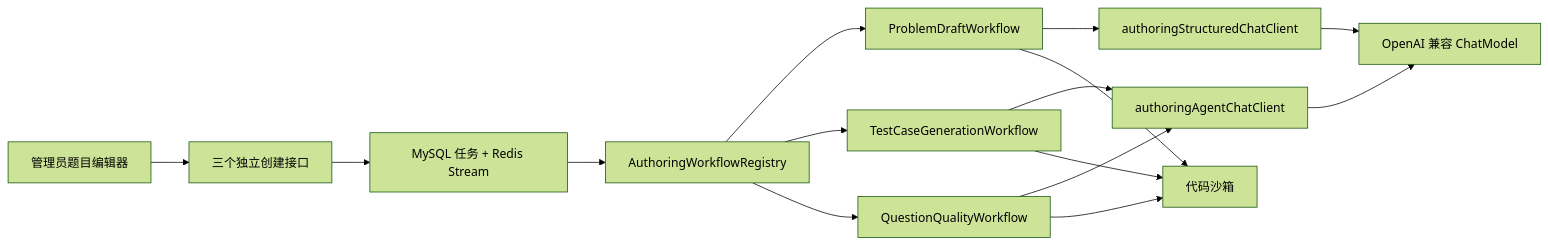
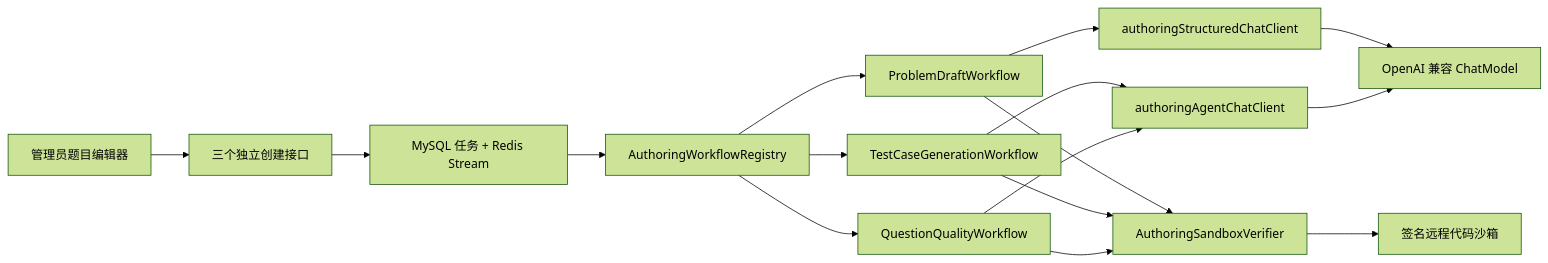
The first of 4 diagrams in docs/ai-authoring-workflows.md (qwerlty123/myoj-microservice), drawn with Mermaid (forest theme) before and after one commit. The commit also changed other lines of this file and 68 other files, not shown here.

````diff
--- a/docs/ai-authoring-workflows.md
+++ b/docs/ai-authoring-workflows.md
@@ -7,18 +7,19 @@
 ```mermaid
 flowchart LR
     UI["管理员题目编辑器"] --> API["三个独立创建接口"]
     API --> TASK["MySQL 任务 + Redis Stream"]
     TASK --> REGISTRY["AuthoringWorkflowRegistry"]
     REGISTRY --> DRAFT["ProblemDraftWorkflow"]
     REGISTRY --> CASES["TestCaseGenerationWorkflow"]
     REGISTRY --> QUALITY["QuestionQualityWorkflow"]
 
     DRAFT --> STRUCTURED["authoringStructuredChatClient"]
     CASES --> AGENT["authoringAgentChatClient"]
     QUALITY --> AGENT
     STRUCTURED --> MODEL["OpenAI 兼容 ChatModel"]
     AGENT --> MODEL
-    CASES --> SANDBOX["代码沙箱"]
-    QUALITY --> SANDBOX
-    DRAFT --> SANDBOX
+    DRAFT --> VERIFY["AuthoringSandboxVerifier"]
+    CASES --> VERIFY
+    QUALITY --> VERIFY
+    VERIFY --> SANDBOX["签名远程代码沙箱"]
 ```
````
